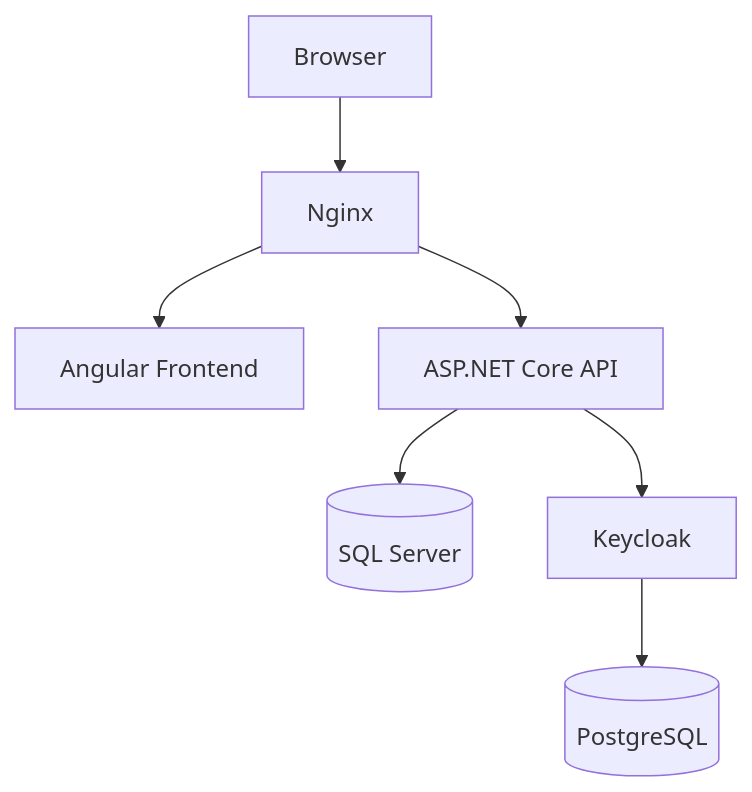
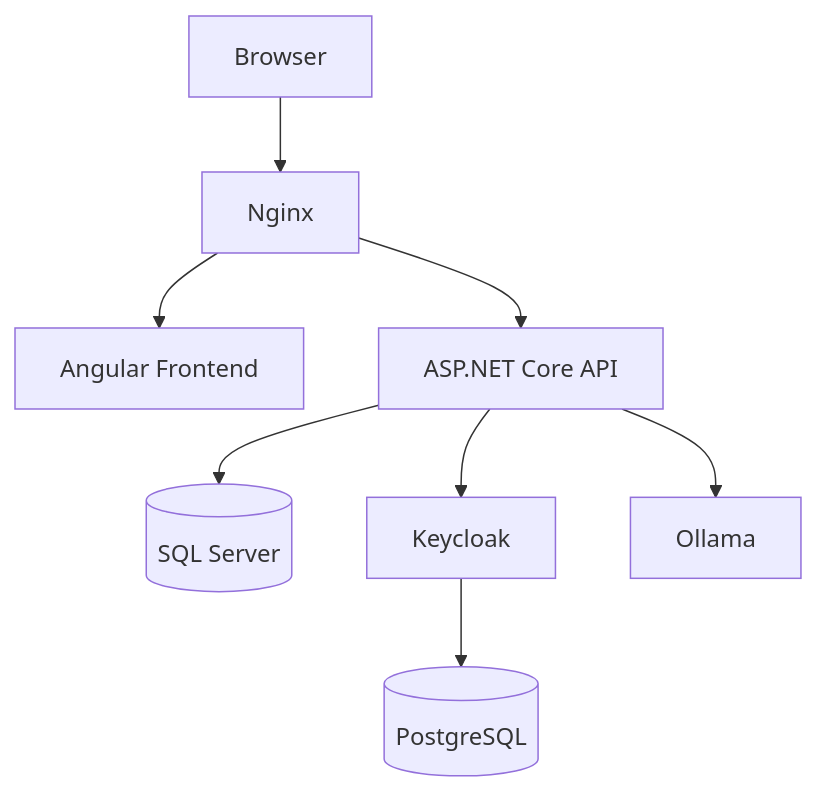
Before and after one commit to LucMarcelLeu/EmployeeHub: the first of 2 diagrams in README.md, drawn with Mermaid. The commit also changed other lines of this file and 16 other files, not shown here.

````diff
--- a/README.md
+++ b/README.md
@@ -43,17 +43,19 @@
 ```mermaid
 graph TD
 
     User[Browser]
 
     User --> Nginx
 
     Nginx --> Angular[Angular Frontend]
 
     Nginx --> API[ASP.NET Core API]
 
     API --> SQLServer[(SQL Server)]
 
     API --> Keycloak[Keycloak]
 
+    API --> Ollama
+
     Keycloak --> PostgreSQL[(PostgreSQL)]
 ```
````
